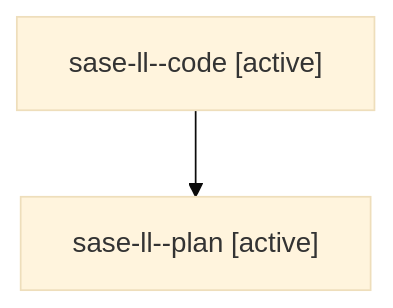
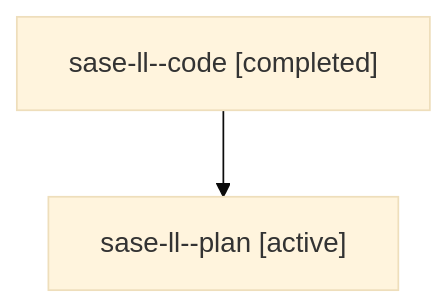
One commit to sase-org/sase--agents changed the diagram in families/bbugyi200.athena.sase-ll.md. Above: the diagram before and after it, drawn with Mermaid (base theme). The commit also changed other lines of this file and 35830 other files, not shown here.

````diff
--- a/families/bbugyi200.athena.sase-ll.md
+++ b/families/bbugyi200.athena.sase-ll.md
@@ -9,6 +9,6 @@
 ```mermaid
 flowchart TD
-  n0["sase-ll--code [active]"]
+  n0["sase-ll--code [completed]"]
   n1["sase-ll--plan [active]"]
   n0 --> n1
 ```
````
